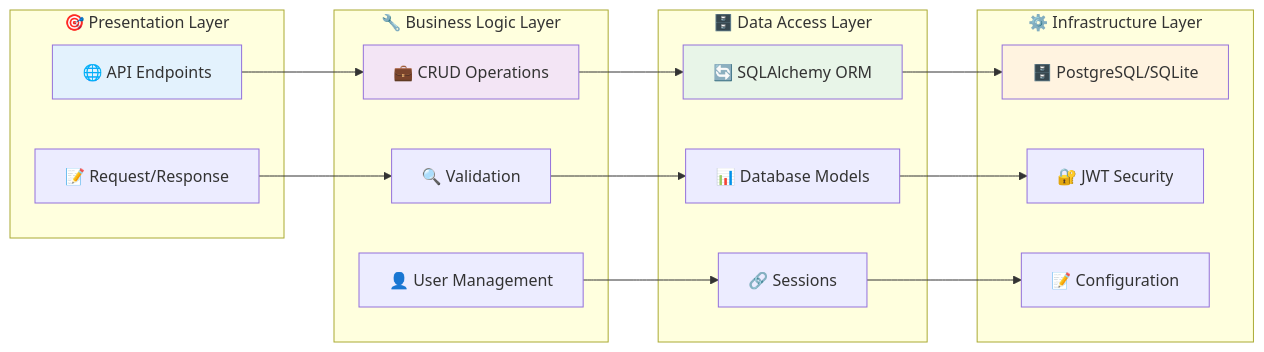
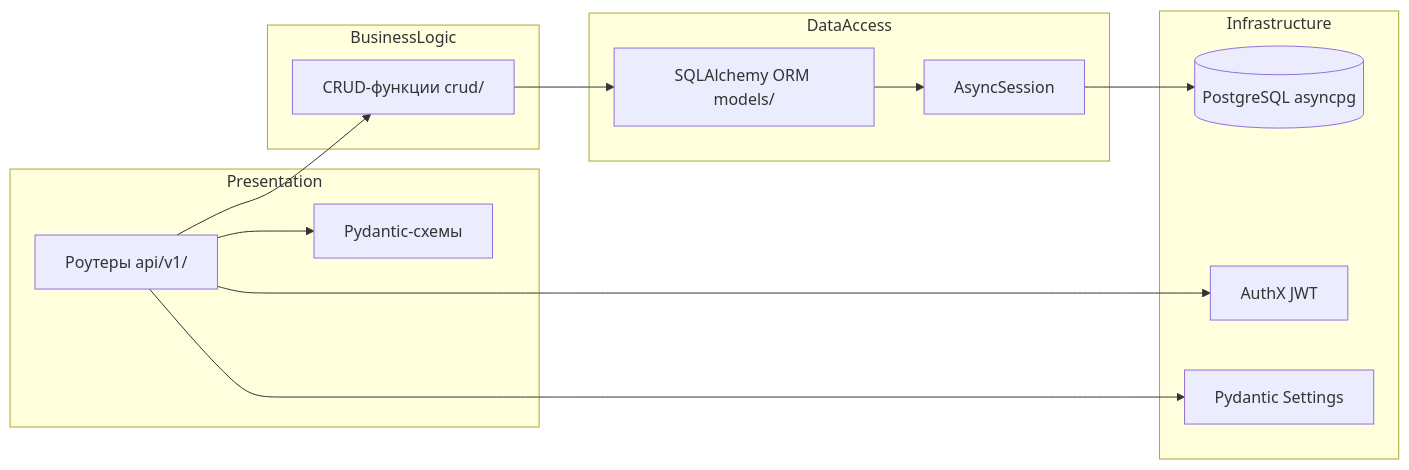
The second of 5 diagrams in docs/architecture.md (TasKanLine/taskanline-server), drawn with Mermaid before and after one commit. The commit also changed other lines of this file and 5 other files, not shown here.

````diff
--- a/docs/architecture.md
+++ b/docs/architecture.md
@@ -194,39 +77,30 @@
 ```mermaid
 graph LR
-    subgraph "🎯 Presentation Layer"
-        A[🌐 API Endpoints]
-        B[📝 Request/Response]
+    subgraph Presentation
+        A[Роутеры api/v1/]
+        B[Pydantic-схемы]
     end
-    
-    subgraph "🔧 Business Logic Layer"
-        C[💼 CRUD Operations]
-        D[🔍 Validation]
-        E[👤 User Management]
+
+    subgraph BusinessLogic
+        C[CRUD-функции crud/]
     end
-    
-    subgraph "🗄️ Data Access Layer"
-        F[🔄 SQLAlchemy ORM]
-        G[📊 Database Models]
-        H[🔗 Sessions]
+
+    subgraph DataAccess
+        D[SQLAlchemy ORM models/]
+        E[AsyncSession]
     end
-    
-    subgraph "⚙️ Infrastructure Layer"
-        I[🗄️ PostgreSQL/SQLite]
-        J[🔐 JWT Security]
-        K[📝 Configuration]
+
+    subgraph Infrastructure
+        F[(PostgreSQL asyncpg)]
+        G[AuthX JWT]
+        H[Pydantic Settings]
     end
-    
+
+    A --> B
     A --> C
-    B --> D
-    C --> F
-    D --> G
-    E --> H
-    F --> I
-    G --> J
-    H --> K
-    
-    style A fill:#e3f2fd
-    style C fill:#f3e5f5
-    style F fill:#e8f5e8
-    style I fill:#fff3e0
+    C --> D
+    D --> E
+    E --> F
+    A --> G
+    A --> H
 ```
````
